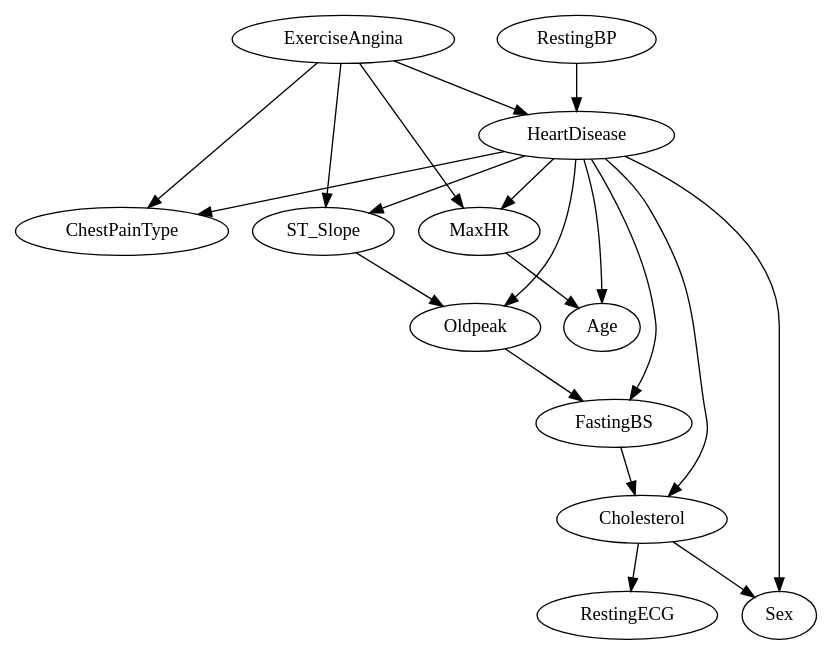
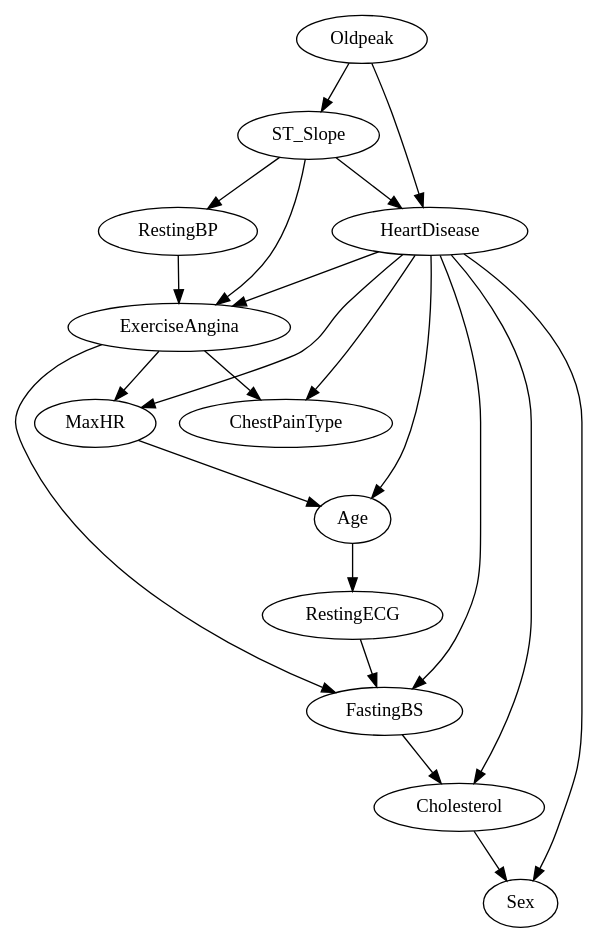
One commit to SagarParekh97/Decision-Making-under-Uncertainty changed the diagram in P1/Learned Bayesian Network.gv. Above: the diagram before and after it, drawn with Graphviz. The commit also changed 2 other files, not shown here.

```diff
--- a/P1/Learned Bayesian Network.gv
+++ b/P1/Learned Bayesian Network.gv
@@ -1,34 +1,36 @@
 // BN learned from data using Hill Climb Search
 digraph "Learned Bayesian Network" {
 	Age
 	Sex
 	ChestPainType
 	RestingBP
 	Cholesterol
 	FastingBS
 	RestingECG
 	MaxHR
 	ExerciseAngina
 	Oldpeak
 	ST_Slope
 	HeartDisease
-	RestingBP -> HeartDisease
-	Cholesterol -> RestingECG
+	Age -> RestingECG
+	RestingBP -> ExerciseAngina
 	Cholesterol -> Sex
 	FastingBS -> Cholesterol
+	RestingECG -> FastingBS
 	MaxHR -> Age
-	ExerciseAngina -> HeartDisease
-	ExerciseAngina -> ST_Slope
 	ExerciseAngina -> ChestPainType
 	ExerciseAngina -> MaxHR
-	Oldpeak -> FastingBS
-	ST_Slope -> Oldpeak
-	HeartDisease -> ST_Slope
+	ExerciseAngina -> FastingBS
+	Oldpeak -> ST_Slope
+	Oldpeak -> HeartDisease
+	ST_Slope -> HeartDisease
+	ST_Slope -> ExerciseAngina
+	ST_Slope -> RestingBP
 	HeartDisease -> ChestPainType
+	HeartDisease -> ExerciseAngina
 	HeartDisease -> Cholesterol
 	HeartDisease -> MaxHR
+	HeartDisease -> Sex
 	HeartDisease -> Age
-	HeartDisease -> Sex
 	HeartDisease -> FastingBS
-	HeartDisease -> Oldpeak
 }
```
